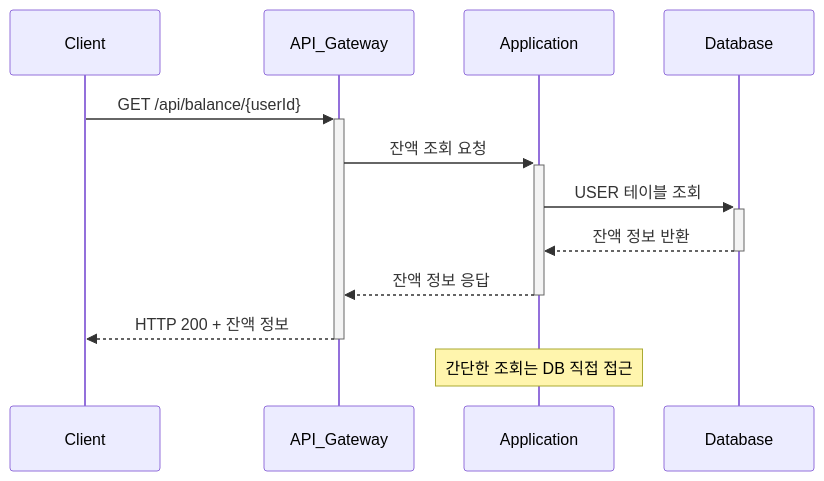
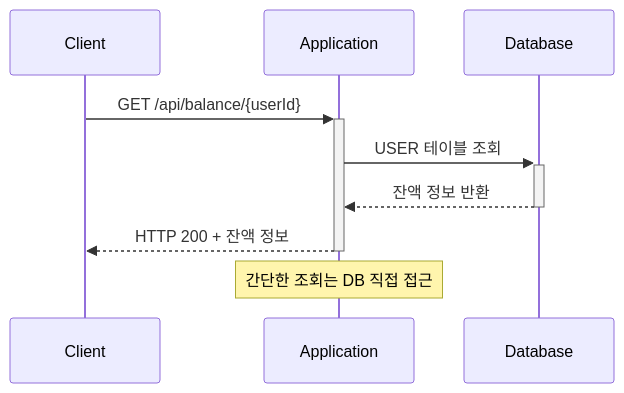
One commit to yuni02/hhplus-ecommerce changed the first of 11 diagrams in docs/sequence_diagram.md. Above: the diagram before and after it, drawn with Mermaid. The commit also changed other lines of this file, not shown here.

First line of the commit message:
fix: sequence 다이어그램 수정

````diff
--- a/docs/sequence_diagram.md
+++ b/docs/sequence_diagram.md
@@ -5,16 +5,13 @@
 ```mermaid
 sequenceDiagram
     participant Client as Client
-    participant API as API_Gateway
     participant App as Application
     participant DB as Database
 
-    Client->>+API: GET /api/balance/{userId}
-    API->>+App: 잔액 조회 요청
+    Client->>+App: GET /api/balance/{userId}
     App->>+DB: USER 테이블 조회
     DB-->>-App: 잔액 정보 반환
-    App-->>-API: 잔액 정보 응답
-    API-->>-Client: HTTP 200 + 잔액 정보
+    App-->>-Client: HTTP 200 + 잔액 정보
 
     Note over App: 간단한 조회는 DB 직접 접근
 ```
````
